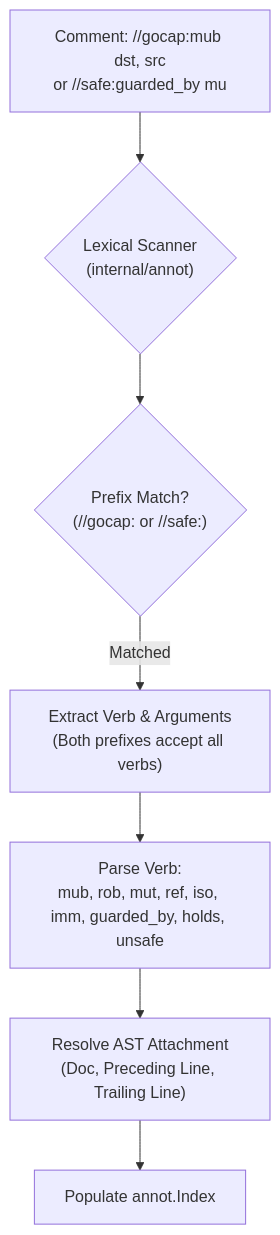
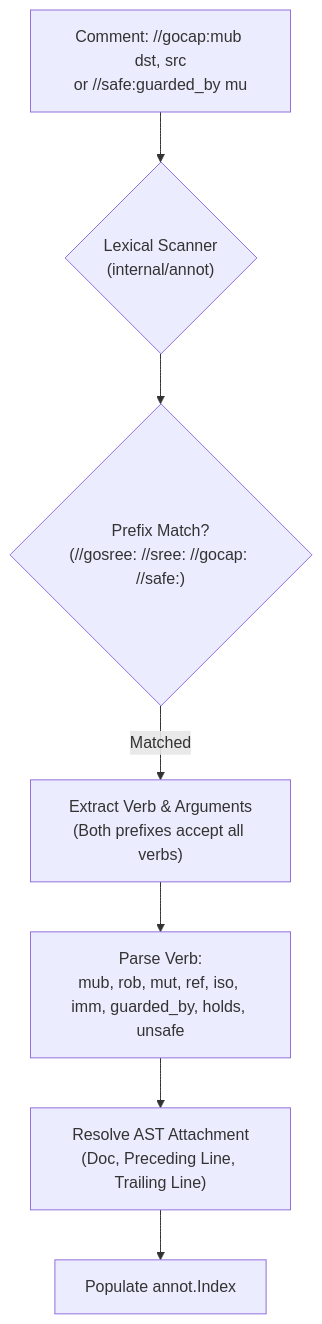
Before and after one commit to bharathvbcr/GoSree: the first of 2 diagrams in docs/DIRECTIVES.md, drawn with Mermaid. The commit also changed other lines of this file and 96 other files, not shown here.

````diff
--- a/docs/DIRECTIVES.md
+++ b/docs/DIRECTIVES.md
@@ -19,9 +22,9 @@
 ```mermaid
 flowchart TD
     Comment["Comment: //gocap:mub dst, src\nor //safe:guarded_by mu"] --> Scanner{"Lexical Scanner\n(internal/annot)"}
-    Scanner --> MatchPrefix{"Prefix Match?\n(//gocap: or //safe:)"}
+    Scanner --> MatchPrefix{"Prefix Match?\n(//gosree: //sree: //gocap: //safe:)"}
     MatchPrefix -- Matched --> StripLead["Extract Verb & Arguments\n(Both prefixes accept all verbs)"]
     StripLead --> ParseVerb["Parse Verb:\nmub, rob, mut, ref, iso, imm, guarded_by, holds, unsafe"]
     ParseVerb --> Attach["Resolve AST Attachment\n(Doc, Preceding Line, Trailing Line)"]
     Attach --> Index["Populate annot.Index"]
 ```
````
